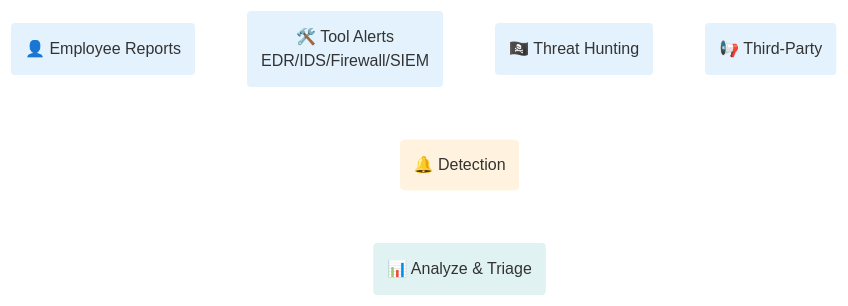
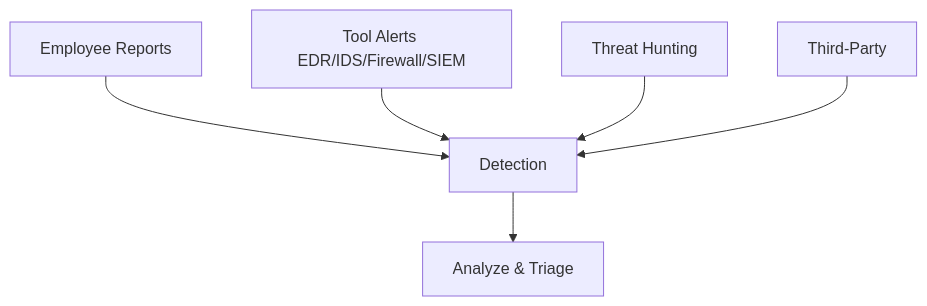
Before and after one commit to manojxshrestha/SOC-Analyst-Cheatsheet: diagram 15 of 29 in 1-Incident-Handling-Process/README.md, drawn with Mermaid. The commit also changed other lines of this file, not shown here.

````diff
--- a/1-Incident-Handling-Process/README.md
+++ b/1-Incident-Handling-Process/README.md
@@ -609,17 +559,9 @@
 ```mermaid
-%%{init: {'theme': 'base', 'themeVariables': { 'lineColor': '#fff', 'nodeBorder': '#fff'}}}%%
-graph TD
-    S1(👤 Employee Reports) --> Detection(🔔 Detection)
-    S2(🛠️ Tool Alerts<br/>EDR/IDS/Firewall/SIEM) --> Detection
-    S3(🏴‍☠️ Threat Hunting) --> Detection
-    S4(📢 Third-Party) --> Detection
+flowchart TD
+    S1[Employee Reports] --> Detection[Detection]
+    S2[Tool Alerts EDR/IDS/Firewall/SIEM] --> Detection
+    S3[Threat Hunting] --> Detection
+    S4[Third-Party] --> Detection
     
-    Detection --> A(📊 Analyze & Triage)
-    
-    classDef source fill:#e3f2fd,stroke:#fff,stroke-width:2px,rx:5,color:#333;
-    classDef detect fill:#fff3e0,stroke:#fff,stroke-width:3px,rx:8,color:#333;
-    classDef analyze fill:#e0f2f1,stroke:#fff,stroke-width:2px,rx:5,color:#333;
-    class S1,S2,S3,S4 source;
-    class Detection detect;
-    class A analyze;
+    Detection --> A[Analyze & Triage]
 ```
````
